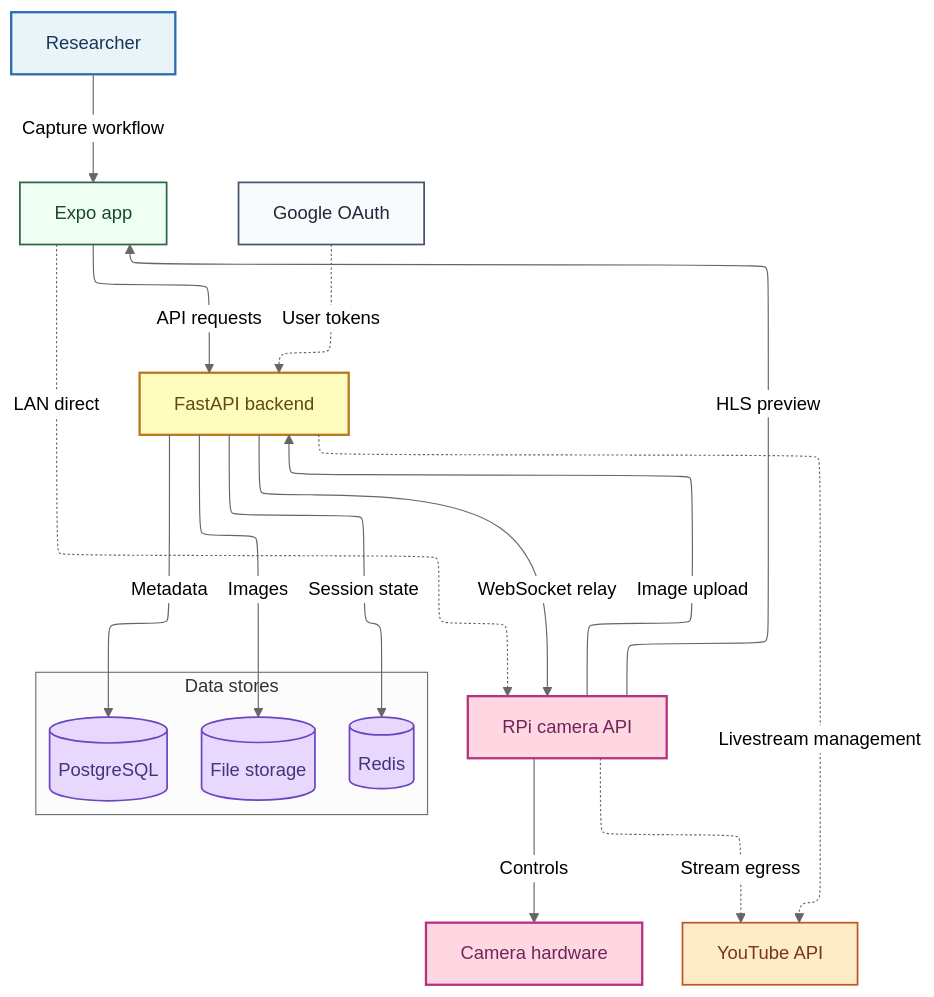
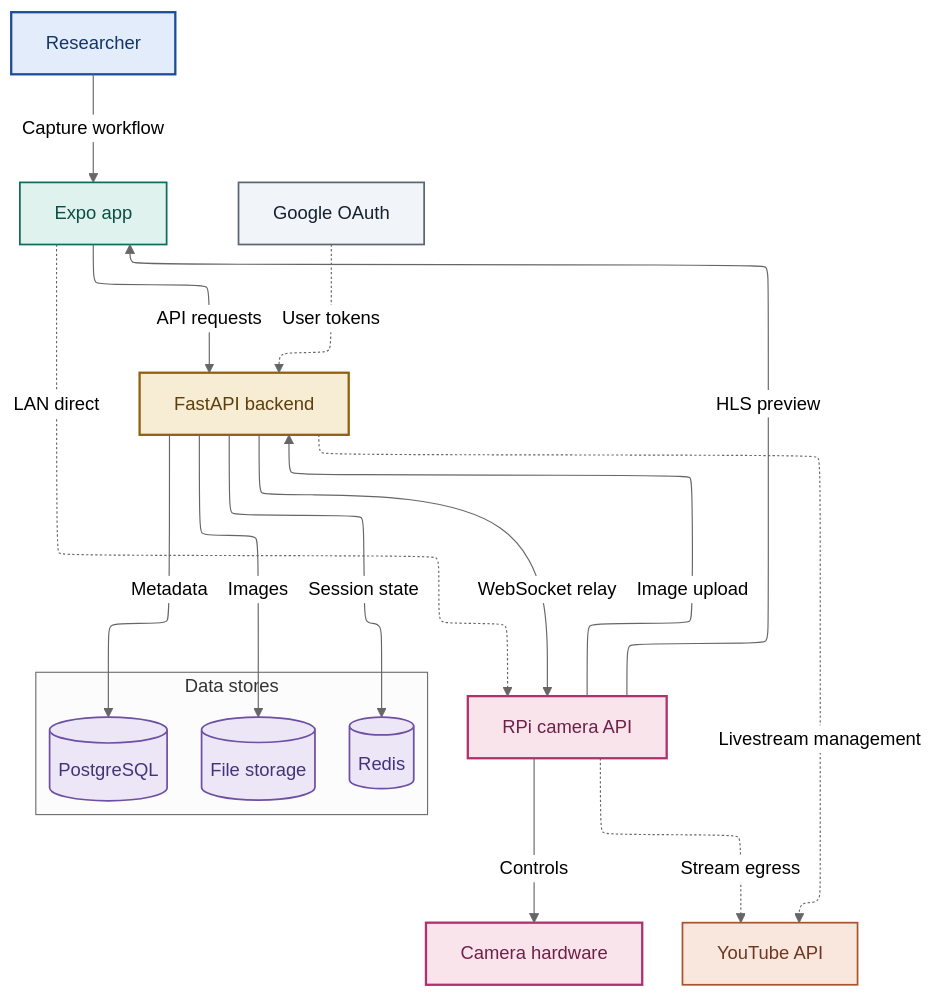
One commit to CMLPlatform/relab changed the first of 2 diagrams in docs/src/content/docs/architecture/rpi-cam.mdx. Above: the diagram before and after it, drawn with Mermaid (neutral theme). The commit also changed 2 other files, not shown here.

Commit message:
feat(docs): move architecture diagrams to the brand categorical ramp

````diff
--- a/docs/src/content/docs/architecture/rpi-cam.mdx
+++ b/docs/src/content/docs/architecture/rpi-cam.mdx
@@ -12,47 +12,48 @@
 ```mermaid
 ---
 config:
     layout: elk
 ---
 graph TD
     Researcher["Researcher"] -->|Capture workflow| FrontendApp["Expo app"]
     FrontendApp -->|API requests| MainAPI["FastAPI backend"]
 
     MainAPI -->|WebSocket relay| RpiCamAPI["RPi camera API"]
     FrontendApp -.->|LAN direct| RpiCamAPI
     RpiCamAPI -->|Controls| Camera["Camera hardware"]
 
     RpiCamAPI -->|HLS preview| FrontendApp
     RpiCamAPI -.->|Stream egress| YouTube["YouTube API"]
     RpiCamAPI -->|Image upload| MainAPI
 
     GoogleOAuth["Google OAuth"] -.->|User tokens| MainAPI
     MainAPI -.->|Livestream management| YouTube
 
     subgraph DataStores ["Data stores"]
         Database[("PostgreSQL")]
         FileStorage[("File storage")]
         Redis[("Redis")]
     end
 
     MainAPI -->|Metadata| Database
     MainAPI -->|Images| FileStorage
     MainAPI -->|Session state| Redis
 
-    classDef actor fill:#e8f4f8,stroke:#2b6cb0,stroke-width:2px,color:#1a365d
-    classDef frontend fill:#f0fff4,stroke:#276749,stroke-width:1.5px,color:#1a4731
-    classDef backend fill:#fefcbf,stroke:#b7791f,stroke-width:2px,color:#5f4b0a
-    classDef datastore fill:#e9d8fd,stroke:#6b46c1,stroke-width:1.5px,color:#44337a
-    classDef external fill:#feebc8,stroke:#c05621,stroke-width:1.5px,color:#7b341e
-    classDef hardware fill:#fed7e2,stroke:#b83280,stroke-width:2px,color:#702459
-    classDef auth fill:#f8fafc,stroke:#475569,stroke-width:1.5px,color:#1e293b
+    %% Diagram palette from assets/DESIGN.md (categorical ramp)
+    classDef actor fill:#e3ecfa,stroke:#1f4c96,stroke-width:2px,color:#143567
+    classDef frontend fill:#e0f2ed,stroke:#0e6b5e,stroke-width:1.5px,color:#0a4f45
+    classDef backend fill:#f7ecd4,stroke:#8f6212,stroke-width:2px,color:#5c3f0a
+    classDef datastore fill:#ede6f7,stroke:#6d4fa3,stroke-width:1.5px,color:#44337a
+    classDef external fill:#f9e7de,stroke:#a8542f,stroke-width:1.5px,color:#6e371f
+    classDef hardware fill:#fae4ec,stroke:#b0316e,stroke-width:2px,color:#6e2048
+    classDef auth fill:#f1f4f8,stroke:#5a6675,stroke-width:1.5px,color:#16202e
 
     class Researcher actor
     class FrontendApp frontend
     class MainAPI backend
     class Database,FileStorage,Redis datastore
 
     class YouTube external
     class GoogleOAuth auth
     class RpiCamAPI,Camera hardware
 ```
````
